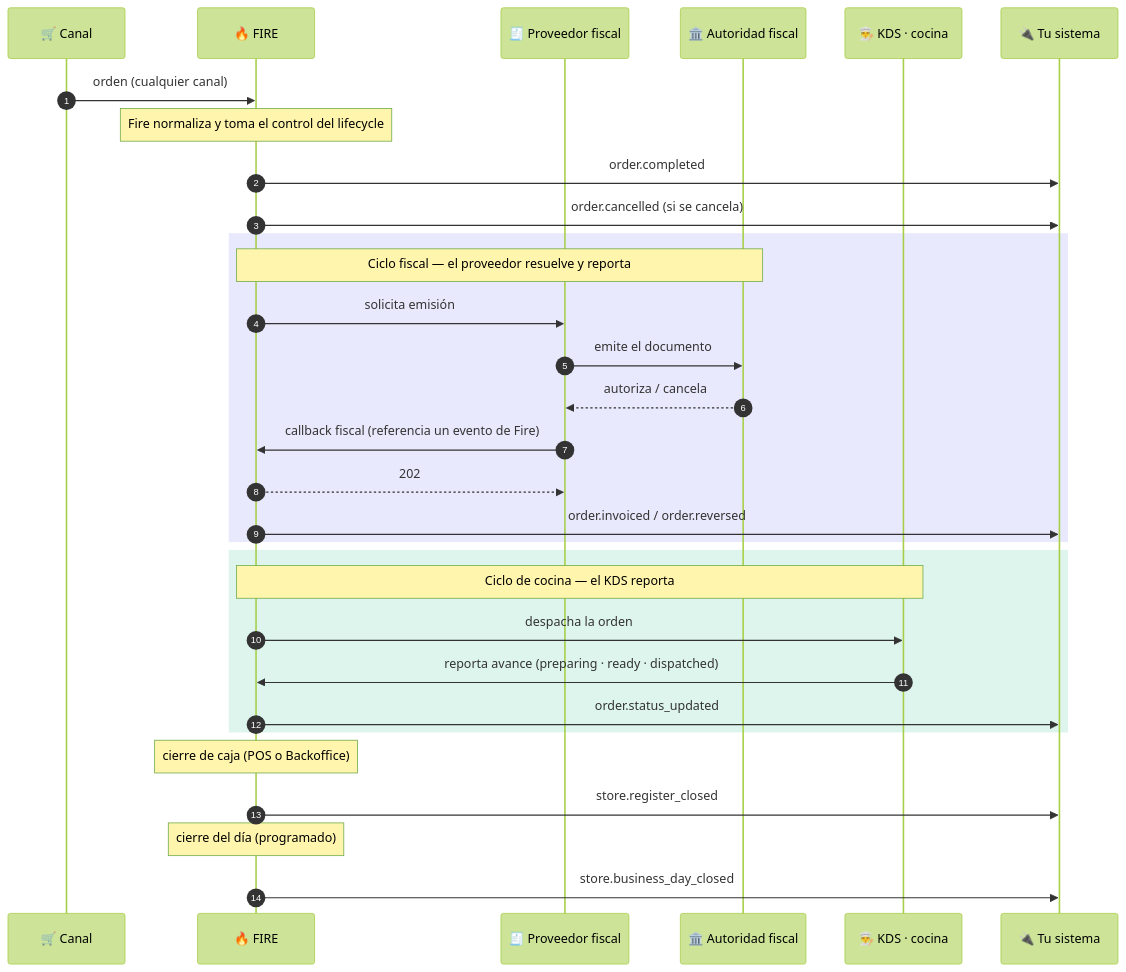
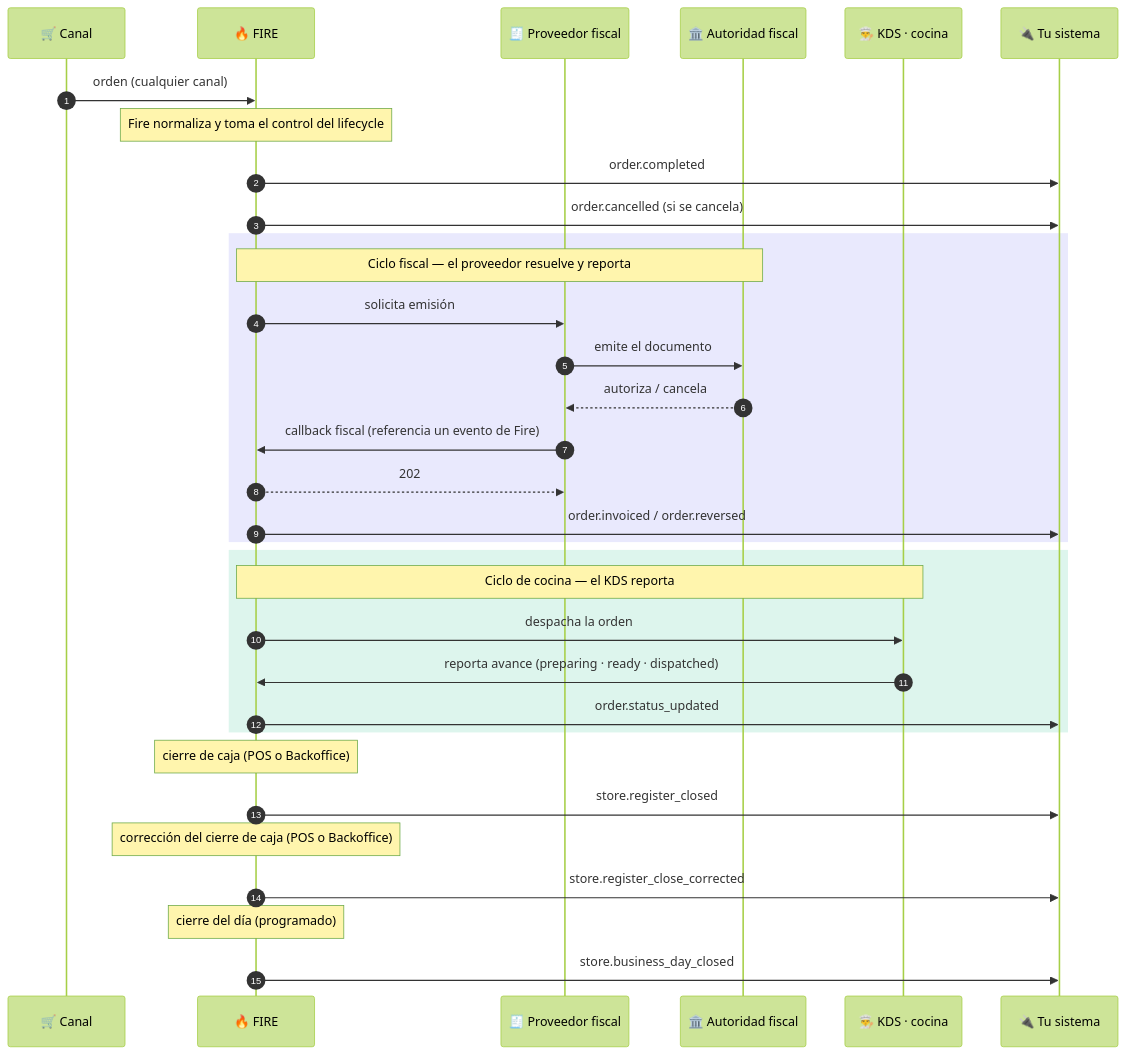
Before and after one commit to fire-rest/documentation: the first of 3 diagrams in es/events/overview.mdx, drawn with Mermaid (forest theme). The commit also changed other lines of this file and 18 other files, not shown here.

First line of the commit message:
docs(caja): corrección del cierre de caja — store.register_close_corrected, closeAuthorization y Cierre de día desde la foto (EN/ES/PT)

````diff
--- a/es/events/overview.mdx
+++ b/es/events/overview.mdx
@@ -24,38 +24,41 @@
 ```mermaid
 sequenceDiagram
     autonumber
     participant CH as 🛒 Canal
     participant F as 🔥 FIRE
     participant FP as 🧾 Proveedor fiscal
     participant AU as 🏛️ Autoridad fiscal
     participant K as 👨‍🍳 KDS · cocina
     participant Y as 🔌 Tu sistema
 
     CH->>F: orden (cualquier canal)
     Note over F: Fire normaliza y toma el control del lifecycle
     F->>Y: order.completed
     F->>Y: order.cancelled (si se cancela)
 
     rect rgba(99, 102, 241, 0.14)
     Note over F,AU: Ciclo fiscal — el proveedor resuelve y reporta
     F->>FP: solicita emisión
     FP->>AU: emite el documento
     AU-->>FP: autoriza / cancela
     FP->>F: callback fiscal (referencia un evento de Fire)
     F-->>FP: 202
     F->>Y: order.invoiced / order.reversed
     end
 
     rect rgba(16, 185, 129, 0.14)
     Note over F,K: Ciclo de cocina — el KDS reporta
     F->>K: despacha la orden
     K->>F: reporta avance (preparing · ready · dispatched)
     F->>Y: order.status_updated
     end
 
     Note over F: cierre de caja (POS o Backoffice)
     F->>Y: store.register_closed
 
+    Note over F: corrección del cierre de caja (POS o Backoffice)
+    F->>Y: store.register_close_corrected
+
     Note over F: cierre del día (programado)
     F->>Y: store.business_day_closed
 ```
````
